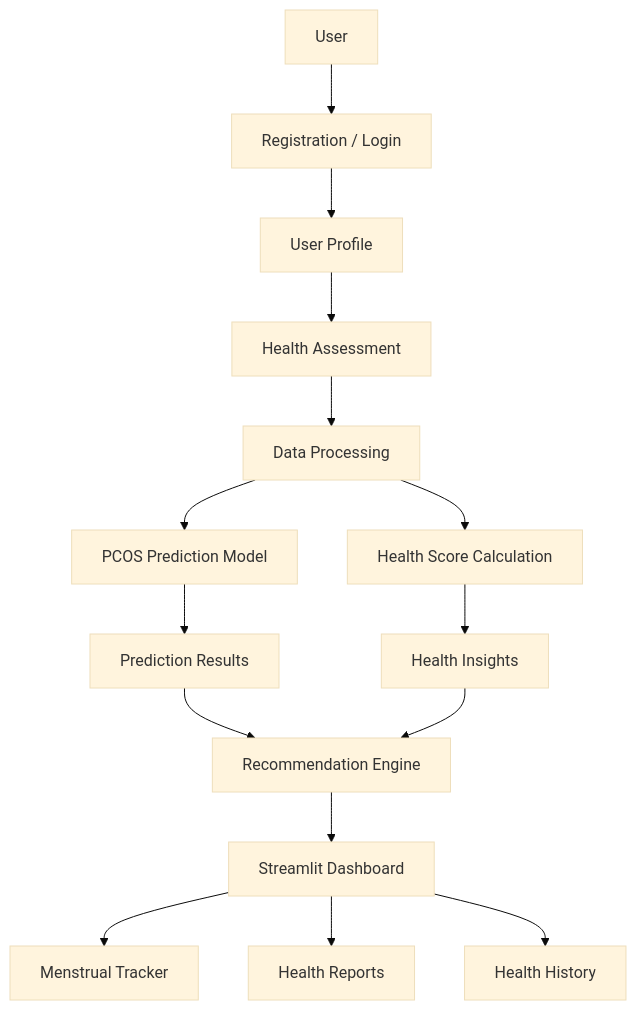
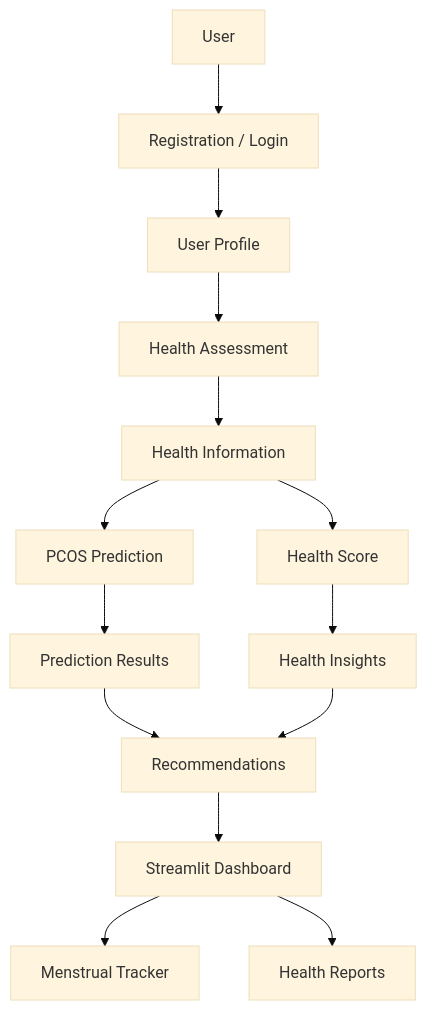
Before and after one commit to NelluriVarsha/FemCare-AI: the first of 3 diagrams in README.md, drawn with Mermaid (base theme). The commit also changed other lines of this file, not shown here.

````diff
--- a/README.md
+++ b/README.md
@@ -102,22 +89,22 @@
 ```mermaid
 flowchart TD
     A[User] --> B[Registration / Login]
     B --> C[User Profile]
     C --> D[Health Assessment]
 
-    D --> E[Data Processing]
-    E --> F[PCOS Prediction Model]
-    E --> G[Health Score Calculation]
+    D --> E[Health Information]
+
+    E --> F[PCOS Prediction]
+    E --> G[Health Score]
 
     F --> H[Prediction Results]
     G --> I[Health Insights]
 
-    H --> J[Recommendation Engine]
+    H --> J[Recommendations]
     I --> J
 
     J --> K[Streamlit Dashboard]
 
     K --> L[Menstrual Tracker]
     K --> M[Health Reports]
-    K --> N[Health History]
 ```
````
